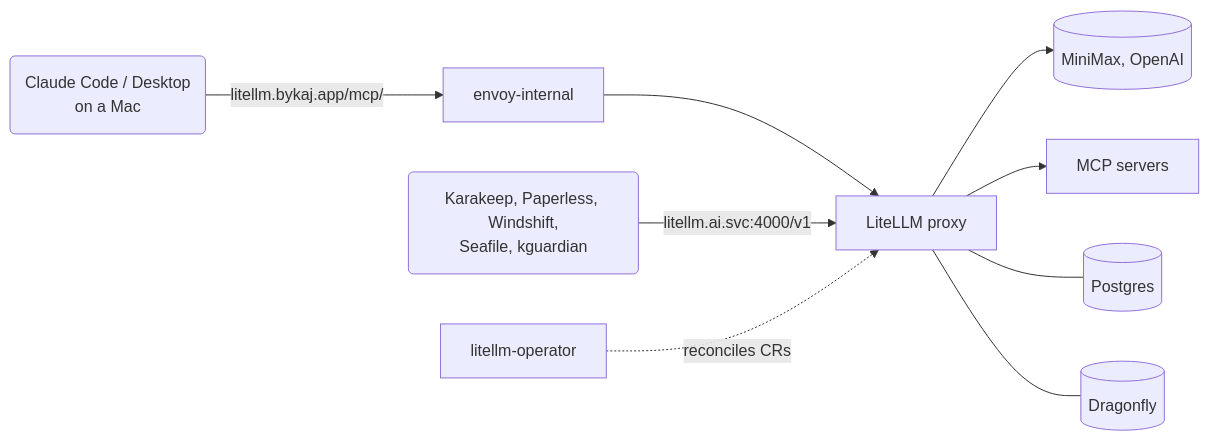
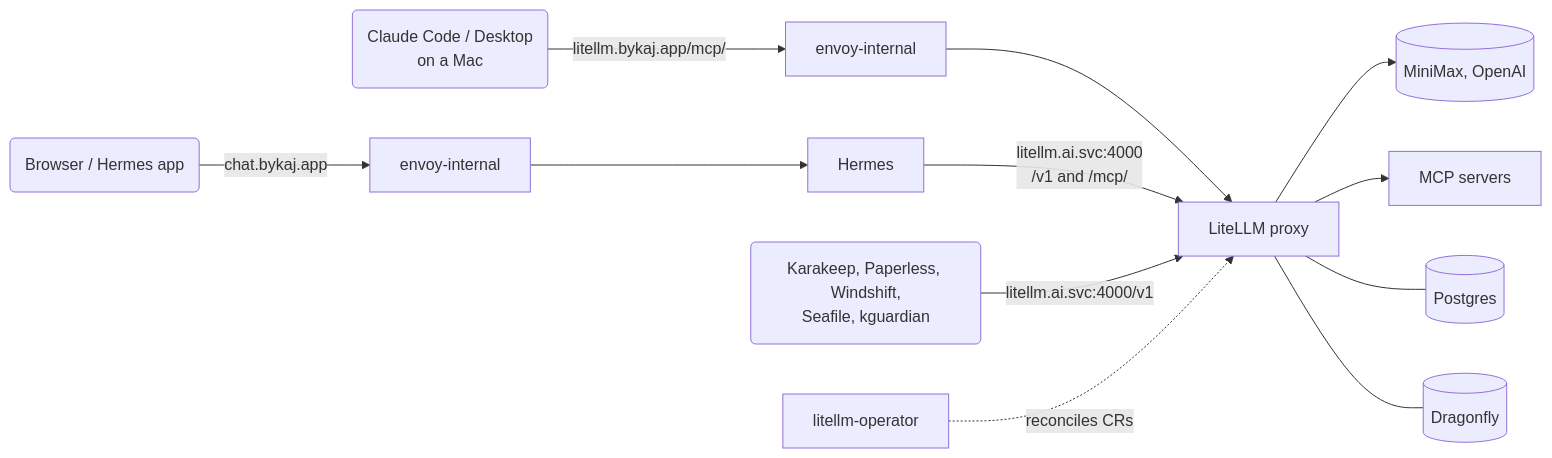
The diagram in docs/content/platforms/kubernetes/ai.md (bykaj/home-ops), drawn with Mermaid before and after one commit. The commit also changed other lines of this file and 23 other files, not shown here.

First line of the commit message:
feat(hermes): deploy, with a write-limited Flux MCP server

````diff
--- a/docs/content/platforms/kubernetes/ai.md
+++ b/docs/content/platforms/kubernetes/ai.md
@@ -15,11 +15,14 @@
 ```mermaid
 graph LR
     cc(Claude Code / Desktop<br/>on a Mac) -->|litellm.bykaj.app/mcp/| int[envoy-internal]
     int --> proxy[LiteLLM proxy]
+    phone(Browser / Hermes app) -->|chat.bykaj.app| int2[envoy-internal]
+    int2 --> hermes[Hermes]
+    hermes -->|litellm.ai.svc:4000<br/>/v1 and /mcp/| proxy
     apps(Karakeep, Paperless, Windshift,<br/>Seafile, kguardian) -->|litellm.ai.svc:4000/v1| proxy
     proxy --> models[(MiniMax, OpenAI)]
     proxy --> mcp[MCP servers]
     proxy --- pg[(Postgres)]
     proxy --- df[(Dragonfly)]
     op[litellm-operator] -.->|reconciles CRs| proxy
 ```
````
